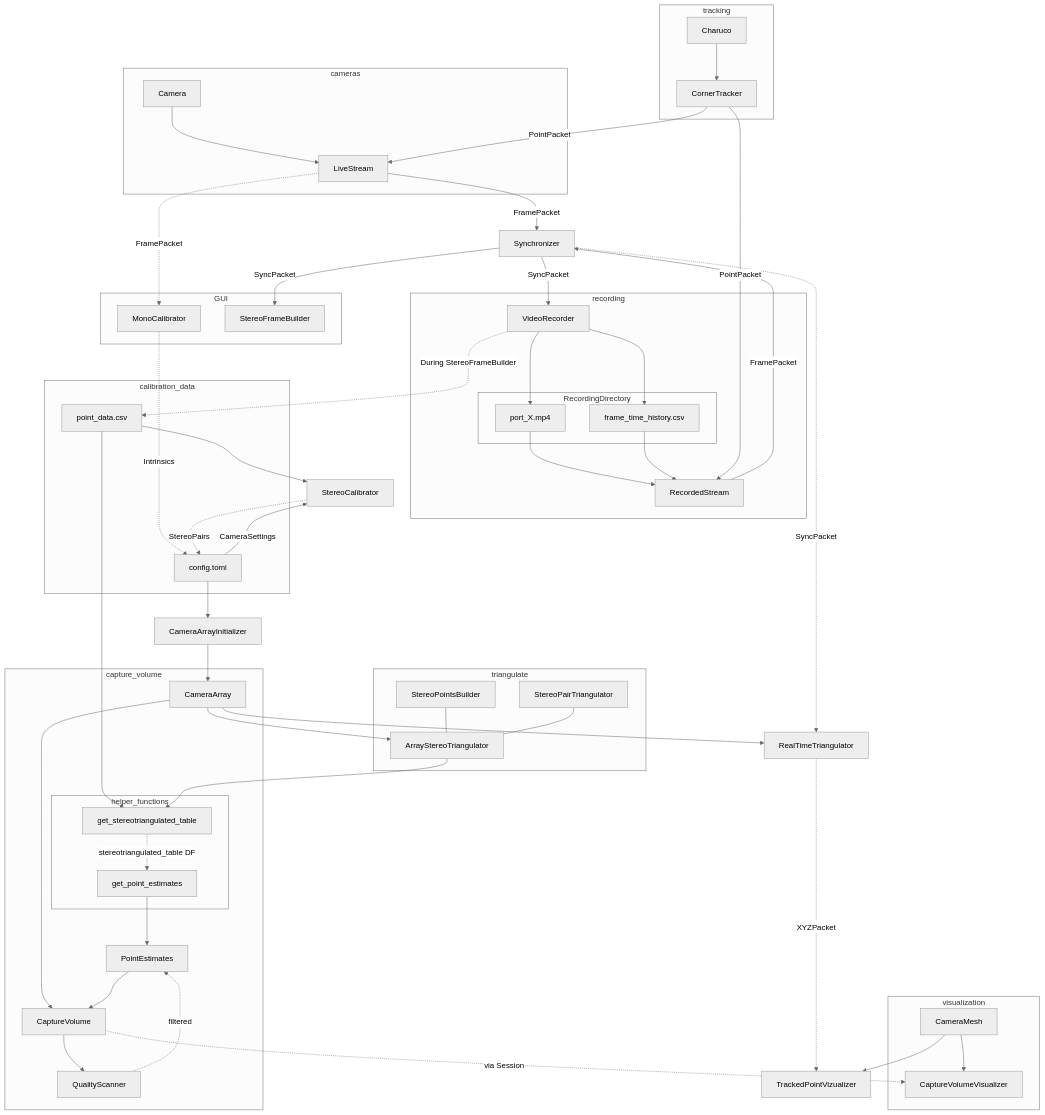
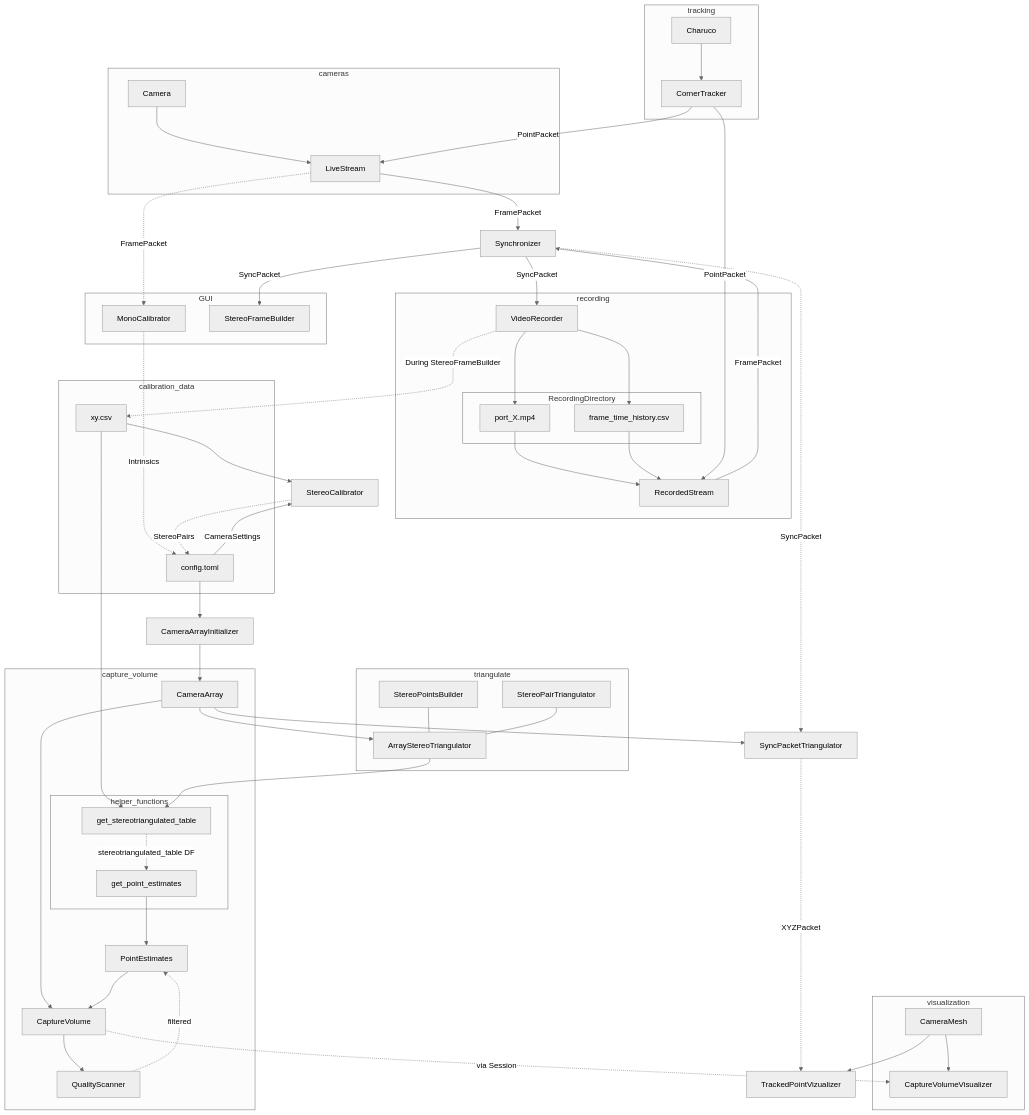
Before and after one commit to mprib/caliscope: the diagram in docs/project_structure.md, drawn with Mermaid (neutral theme). The commit also changed 1 other file, not shown here.

Commit message:
documenting motivations for decisions

```diff
--- a/docs/project_structure.md
+++ b/docs/project_structure.md
@@ -32,7 +32,7 @@
 
 VideoRecorder --> frame_time_history.csv
 VideoRecorder --> port_X.mp4 
-VideoRecorder -.During StereoFrameBuilder.-> point_data.csv
+VideoRecorder -.During StereoFrameBuilder.-> xy.csv
 port_X.mp4 --> RecordedStream
 frame_time_history.csv --> RecordedStream
 
@@ -50,23 +50,23 @@
 end
 
 
-point_data.csv --> StereoCalibrator
+xy.csv --> StereoCalibrator
 config.toml --CameraSettings--> StereoCalibrator
 StereoCalibrator -.StereoPairs.-> config.toml
 
 
-CameraArray --> RealTimeTriangulator
-Synchronizer -.SyncPacket.-> RealTimeTriangulator
-RealTimeTriangulator -.XYZPacket.-> TrackedPointVizualizer
+CameraArray --> SyncPacketTriangulator
+Synchronizer -.SyncPacket.-> SyncPacketTriangulator
+SyncPacketTriangulator -.XYZPacket.-> TrackedPointVizualizer
 CameraMesh --> TrackedPointVizualizer
 
 
 subgraph calibration_data
-    point_data.csv
+    xy.csv
     config.toml
 end
 
-point_data.csv --> get_stereotriangulated_table
+xy.csv --> get_stereotriangulated_table
 
 ArrayStereoTriangulator --> get_stereotriangulated_table
 
```
